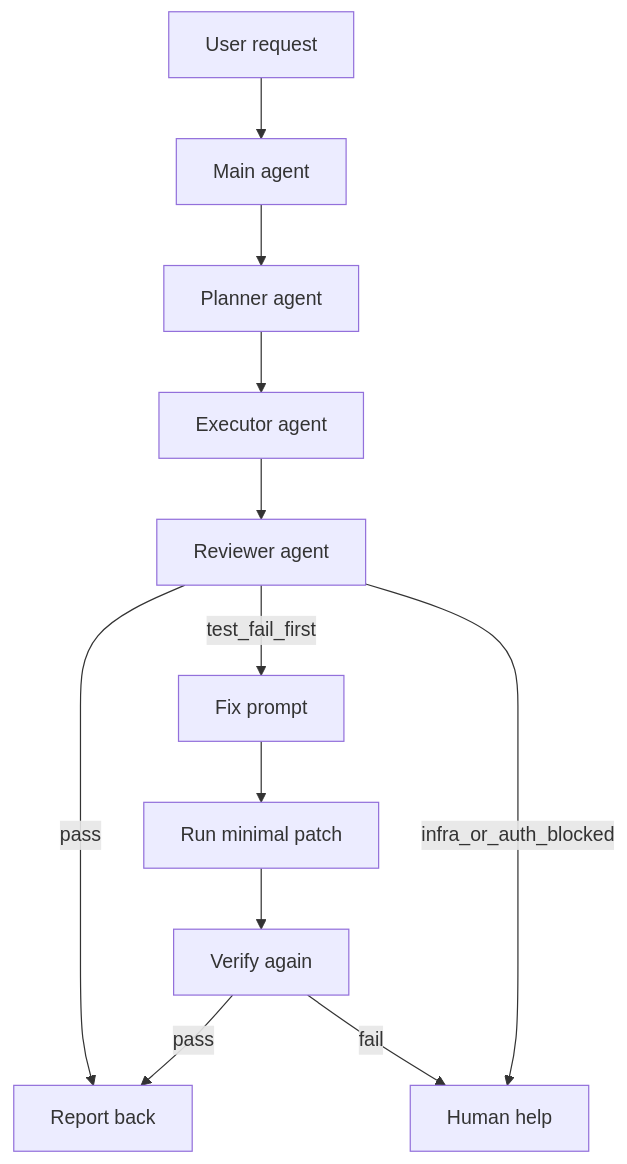
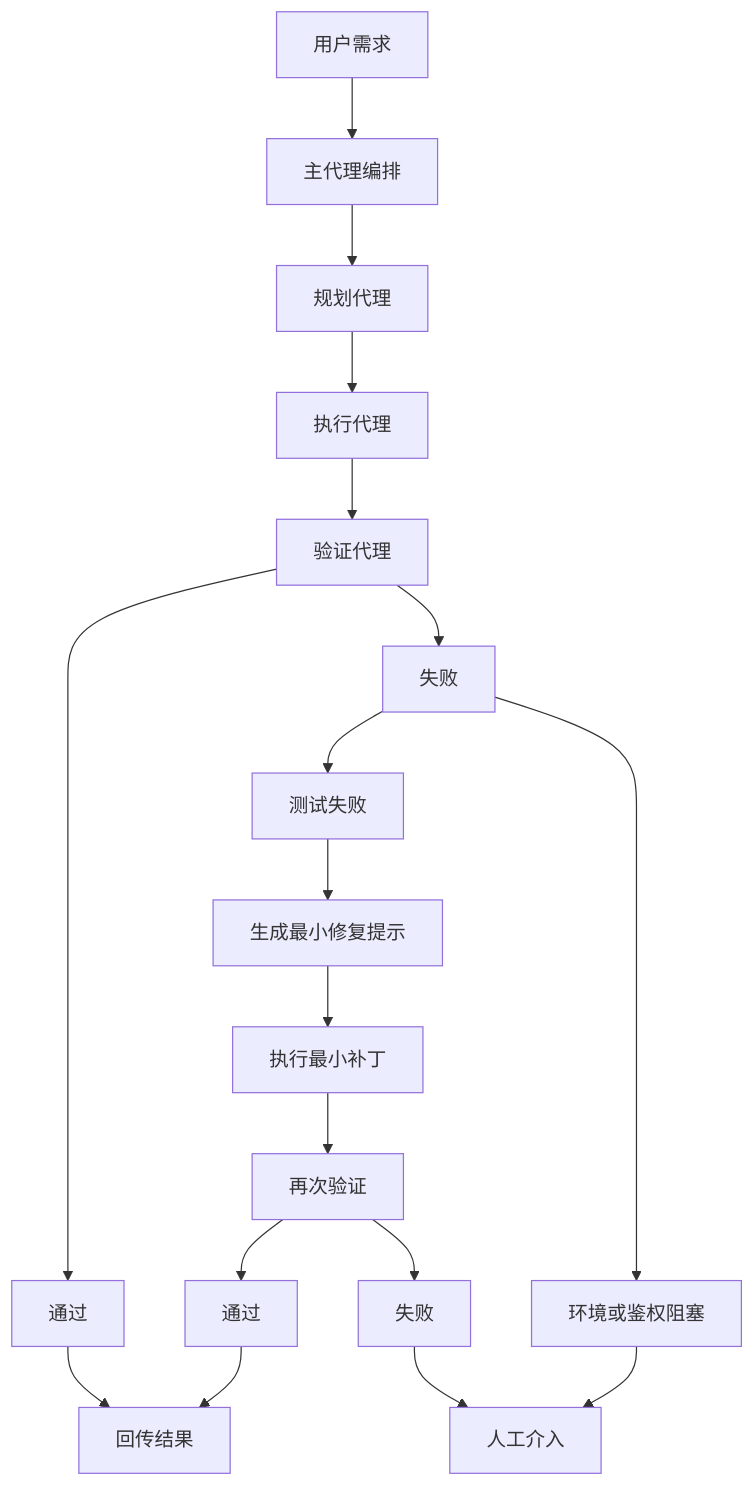
Before and after one commit to liyxianren/openclawa_codex: the diagram in docs/architecture.md, drawn with Mermaid. The commit also changed 1 other file, not shown here.

Commit message:
Chinese Mermaid architecture diagram

````diff
--- a/docs/architecture.md
+++ b/docs/architecture.md
@@ -21,16 +21,23 @@
 ```mermaid
 flowchart TD
-  U[User request] --> A[Main agent]
-  A --> P[Planner agent]
-  P --> R[Executor agent]
-  R --> V[Reviewer agent]
+  U[用户需求] --> A[主代理编排]
+  A --> P[规划代理]
+  P --> R[执行代理]
+  R --> V[验证代理]
 
-  V -->|pass| DONE[Report back]
-  V -->|test_fail_first| FP[Fix prompt]
-  FP --> R2[Run minimal patch]
-  R2 --> V2[Verify again]
-  V2 -->|pass| DONE
-  V2 -->|fail| HUMAN[Human help]
+  V --> PASS[通过]
+  PASS --> DONE[回传结果]
 
-  V -->|infra_or_auth_blocked| HUMAN
+  V --> FAIL[失败]
+  FAIL --> TF[测试失败]
+  TF --> FP[生成最小修复提示]
+  FP --> R2[执行最小补丁]
+  R2 --> V2[再次验证]
+  V2 --> PASS2[通过]
+  PASS2 --> DONE
+  V2 --> FAIL2[失败]
+  FAIL2 --> HUMAN[人工介入]
+
+  FAIL --> IA[环境或鉴权阻塞]
+  IA --> HUMAN
 ```
````
